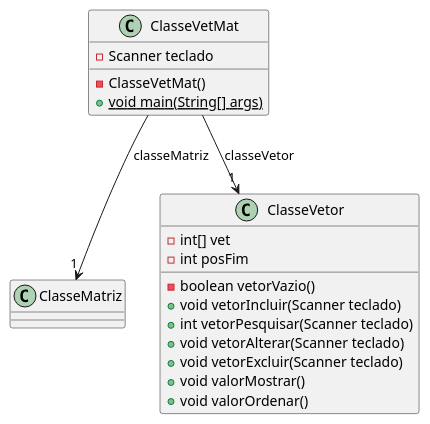
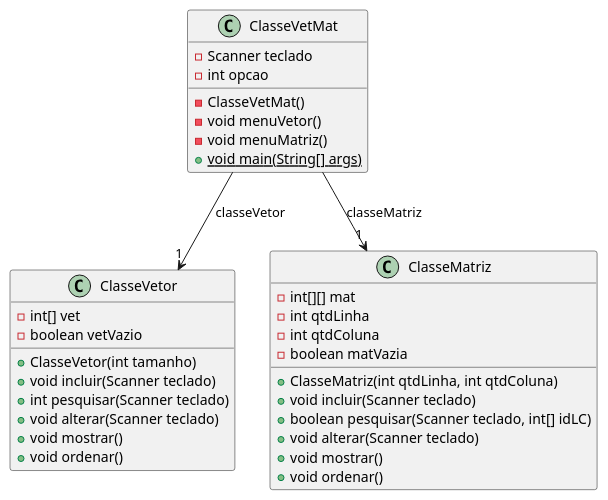
Before and after one commit to lucianapda/IPNoturno-2021-1: the diagram in Unidade7/plantUML/ClasseVetMat.wsd, drawn with PlantUML. The commit also changed 12 other files, not shown here.

```diff
--- a/Unidade7/plantUML/ClasseVetMat.wsd
+++ b/Unidade7/plantUML/ClasseVetMat.wsd
@@ -1,26 +1,38 @@
 @startuml
-class ClasseMatriz [[java:ClasseMatriz]] {
-}
 class ClasseVetMat [[java:ClasseVetMat]] {
 	-Scanner teclado
+	-int opcao
 	-ClasseVetMat()
+	-void menuVetor()
+	-void menuMatriz()
 	+{static}void main(String[] args)
 }
 class ClasseVetor [[java:ClasseVetor]] {
 }
 ClasseVetMat --> "1" ClasseVetor : classeVetor
 class ClasseMatriz [[java:ClasseMatriz]] {
 }
 ClasseVetMat --> "1" ClasseMatriz : classeMatriz
 class ClasseVetor [[java:ClasseVetor]] {
 	-int[] vet
-	-int posFim
-	-boolean vetorVazio()
-	+void vetorIncluir(Scanner teclado)
-	+int vetorPesquisar(Scanner teclado)
-	+void vetorAlterar(Scanner teclado)
-	+void vetorExcluir(Scanner teclado)
-	+void valorMostrar()
-	+void valorOrdenar()
+	-boolean vetVazio
+	+ClasseVetor(int tamanho)
+	+void incluir(Scanner teclado)
+	+int pesquisar(Scanner teclado)
+	+void alterar(Scanner teclado)
+	+void mostrar()
+	+void ordenar()
+}
+class ClasseMatriz [[java:ClasseMatriz]] {
+	-int[][] mat
+	-int qtdLinha
+	-int qtdColuna
+	-boolean matVazia
+	+ClasseMatriz(int qtdLinha, int qtdColuna)
+	+void incluir(Scanner teclado)
+	+boolean pesquisar(Scanner teclado, int[] idLC)
+	+void alterar(Scanner teclado)
+	+void mostrar()
+	+void ordenar()
 }
 @enduml
```
